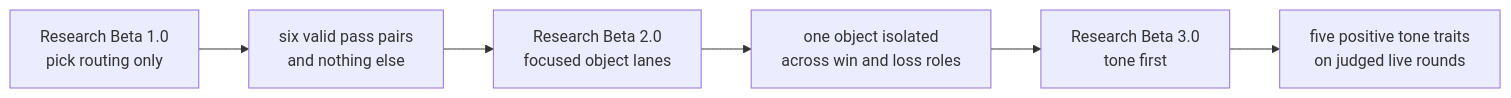
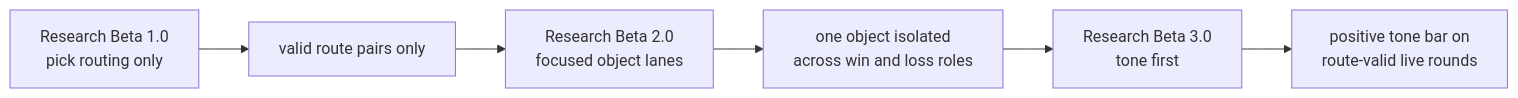
Before and after one commit to tryskian/scorey: the first of 3 diagrams in docs/research/README.md, drawn with Mermaid. The commit also changed other lines of this file and 4 other files, not shown here.

````diff
--- a/docs/research/README.md
+++ b/docs/research/README.md
@@ -195,12 +69,12 @@
 ```mermaid
 flowchart LR
   B1["Research Beta 1.0<br/>pick routing only"]
   B2["Research Beta 2.0<br/>focused object lanes"]
   B3["Research Beta 3.0<br/>tone first"]
 
-  S1["six valid pass pairs<br/>and nothing else"]
+  S1["valid route pairs only"]
   S2["one object isolated<br/>across win and loss roles"]
-  S3["five positive tone traits<br/>on judged live rounds"]
+  S3["positive tone bar on<br/>route-valid live rounds"]
 
   B1 --> S1 --> B2 --> S2 --> B3 --> S3
 ```
````
